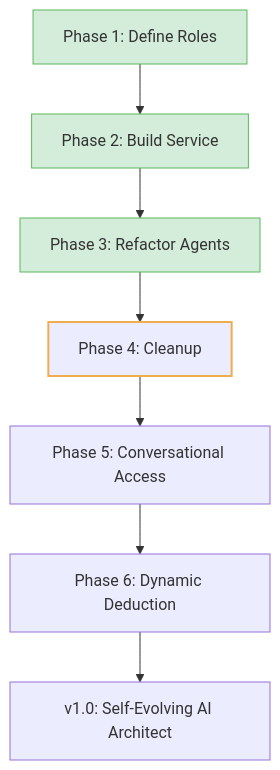
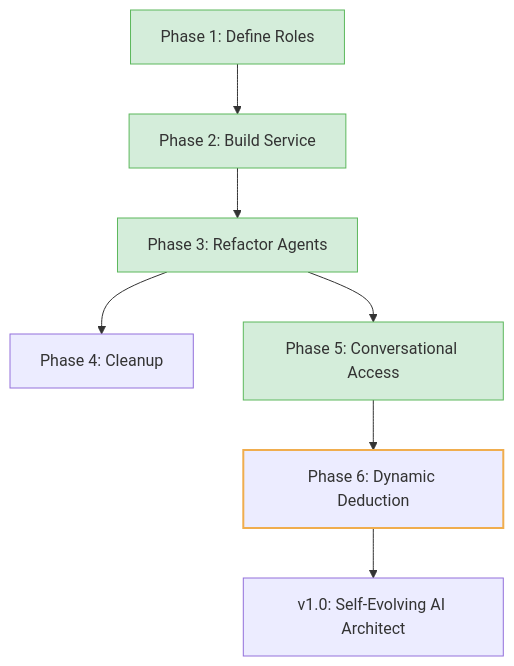
One commit to DariuszNewecki/CORE changed the diagram in docs/04_ROADMAP.md. Above: the diagram before and after it, drawn with Mermaid. The commit also changed other lines of this file, not shown here.

Commit message:
docs: Update roadmap to reflect completion of Phase 5

````diff
--- a/docs/04_ROADMAP.md
+++ b/docs/04_ROADMAP.md
@@ -46,17 +47,19 @@
 ```mermaid
 graph TD
     A[Phase 1: Define Roles]
     B[Phase 2: Build Service]
     C[Phase 3: Refactor Agents]
     D[Phase 4: Cleanup]
     E[Phase 5: Conversational Access]
     F[Phase 6: Dynamic Deduction]
     G[v1.0: Self-Evolving AI Architect]
 
-    A --> B --> C --> D --> E --> F --> G
+    A --> B --> C --> E --> F --> G
+    C --> D;
 
     style A fill:#d4edda,stroke:#5cb85c
     style B fill:#d4edda,stroke:#5cb85c
     style C fill:#d4edda,stroke:#5cb85c
-    style D stroke:#f0ad4e,stroke-width:2px
+    style E fill:#d4edda,stroke:#5cb85c
+    style F stroke:#f0ad4e,stroke-width:2px
 ```
````
